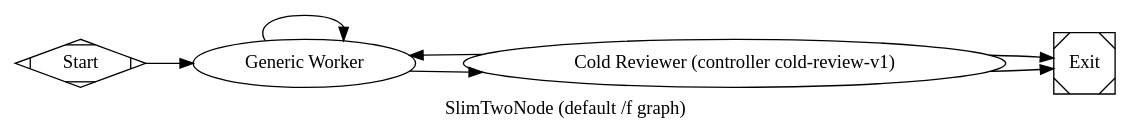
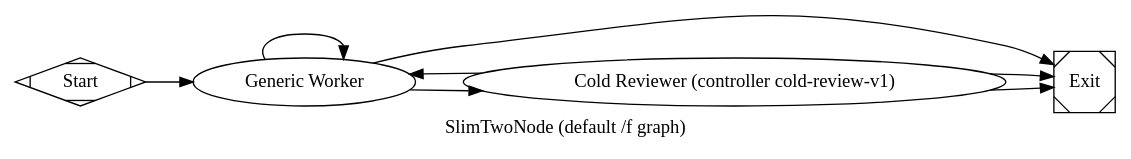
The diagram in pipelines/slim/two_node.dot (jleechanorg/dark-factory), drawn with Graphviz before and after one commit. The commit also changed 7 other files, not shown here.

```diff
--- a/pipelines/slim/two_node.dot
+++ b/pipelines/slim/two_node.dot
@@ -1,63 +1,64 @@
 // pipelines/slim/two_node.dot
 //
 // Default graph for `/f` (and `/factory`). Exactly two productive nodes:
 //   worker         — generic codergen; light prompt; does whatever the user asked.
 //   cold_reviewer  — controller-owned cold reviewer using the SHA-pinned
 //                    cold-review-v1 execution path (prompts/catalog/controller_cold_review_v1.md).
 //
 // Wiring:
 //   start -> worker -> cold_reviewer -> exit                (on success)
 //                          \-> worker                        (on reviewer failure, bounded max_visits=3)
 //                          \-> exit                          (on infrastructure error, terminal non-success)
 //
 // Backend routing:
 //   - worker          honors the run-level --backend (the coder tier the user
 //                     chose; default = whatever /f's Step 0.5 detector picks).
 //   - cold_reviewer   uses review_contract="cold-review-v1" and
 //                     backend_priority="codex" because the controller has
 //                     a receipt-capable transport only for Codex.
 //
 // Failure semantics:
 //   - cold_reviewer is goal_gate=true. On success the run exits.
 //   - On a real fail/partial verdict the runner routes back to worker directly.
 //     Worker handles iteration (max_visits=3). No separate fix node in this graph.
 
 digraph SlimTwoNode {
     graph [
         goal="Generic worker does the user's task; controller-owned cold-review-v1 reviewer gates it. Slim default for /f."
         rankdir=LR
         label="SlimTwoNode (default /f graph)"
     ]
 
     start  [shape=Mdiamond, label="Start"]
     exit   [shape=Msquare,  label="Exit"]
 
     worker [
         type="codergen",
         label="Generic Worker",
         class="worker",
         prompt="@prompts/slim/worker.md",
         max_retries=2,
         max_visits="3",
         timeout=600
     ]
 
     cold_reviewer [
         type="parallel_reviewer",
         label="Cold Reviewer (controller cold-review-v1)",
         class="review",
         review_contract="cold-review-v1",
         backend_priority="codex",
         evidence_paths="evidence/worker-verification.json",
         goal_gate=true,
         timeout=1200
     ]
 
     start -> worker
     worker -> cold_reviewer [condition="outcome=success"]
-    worker -> worker        [condition="outcome!=success"]
+    worker -> worker        [condition="outcome=failure"]
+    worker -> exit          [condition="outcome=error"]
 
     cold_reviewer -> exit   [condition="outcome=success"]
     cold_reviewer -> worker [condition="outcome=failure"]
     cold_reviewer -> exit   [condition="outcome=error"]
 }
```
